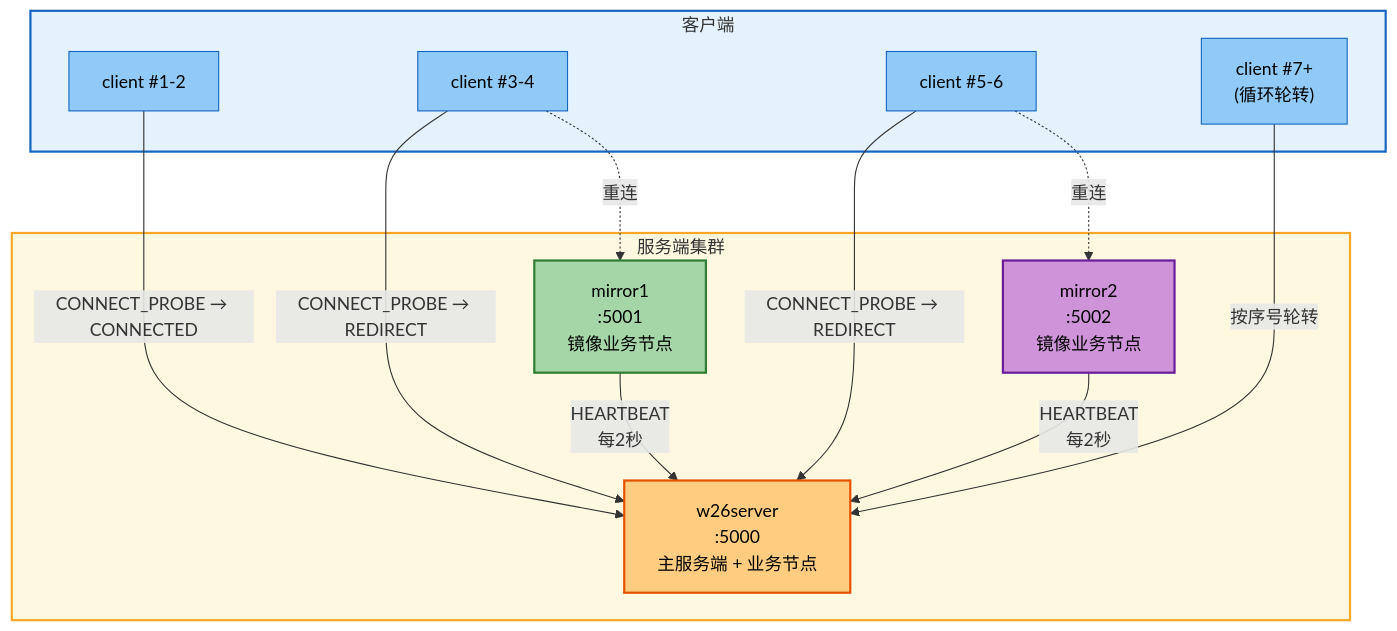
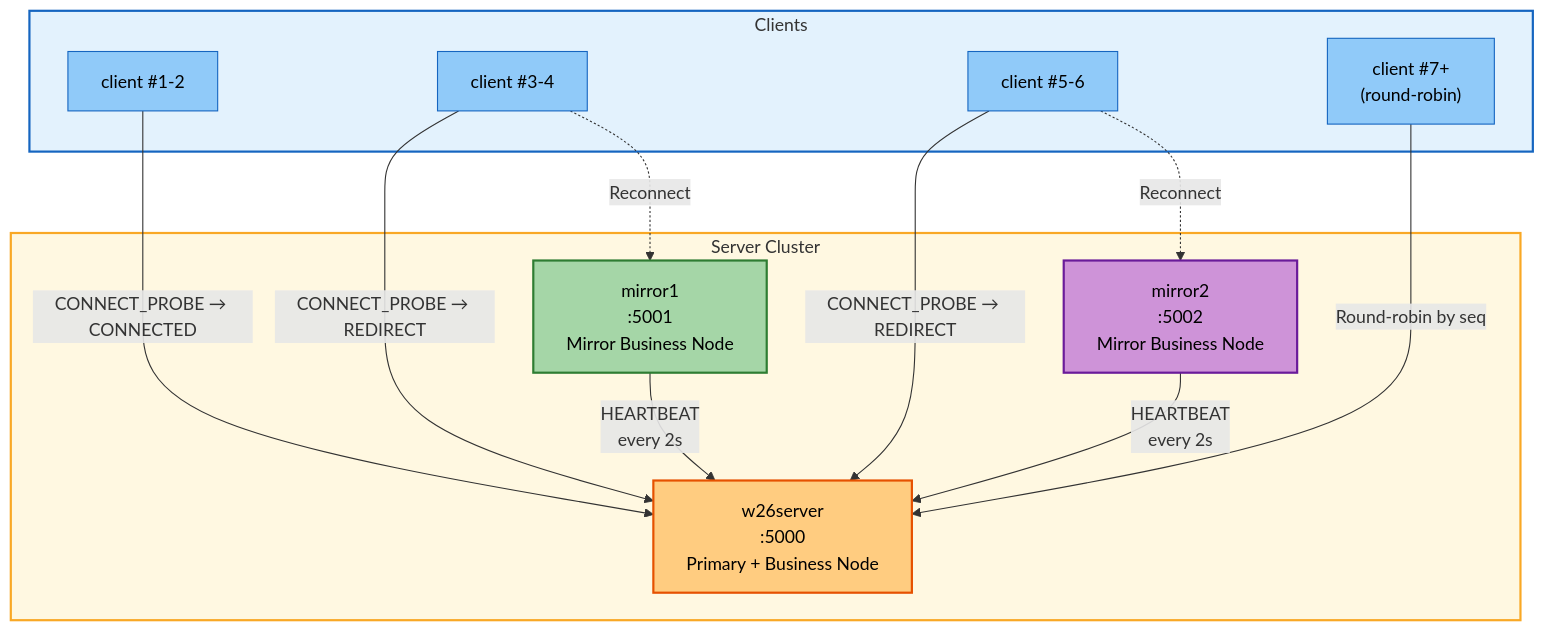
One commit to jianglei919/ASP_Group changed the first of 7 diagrams in README.md. Above: the diagram before and after it, drawn with Mermaid. The commit also changed other lines of this file and 1 other file, not shown here.

````diff
--- a/README.md
+++ b/README.md
@@ -18,35 +18,35 @@
 ```mermaid
 graph TB
-    subgraph clients ["客户端"]
+    subgraph clients ["Clients"]
         style clients fill:#E3F2FD,stroke:#1565C0,stroke-width:2px
         C1["client #1-2"]
         C2["client #3-4"]
         C3["client #5-6"]
-        C4["client #7+<br/>(循环轮转)"]
+        C4["client #7+<br/>(round-robin)"]
     end
 
-    subgraph cluster ["服务端集群"]
+    subgraph cluster ["Server Cluster"]
         style cluster fill:#FFF8E1,stroke:#F9A825,stroke-width:2px
-        W26["w26server<br/>:5000<br/>主服务端 + 业务节点"]
-        M1["mirror1<br/>:5001<br/>镜像业务节点"]
-        M2["mirror2<br/>:5002<br/>镜像业务节点"]
+        W26["w26server<br/>:5000<br/>Primary + Business Node"]
+        M1["mirror1<br/>:5001<br/>Mirror Business Node"]
+        M2["mirror2<br/>:5002<br/>Mirror Business Node"]
     end
 
     C1 -->|"CONNECT_PROBE → CONNECTED"| W26
     C2 -->|"CONNECT_PROBE → REDIRECT"| W26
-    C2 -.->|"重连"| M1
+    C2 -.->|"Reconnect"| M1
     C3 -->|"CONNECT_PROBE → REDIRECT"| W26
-    C3 -.->|"重连"| M2
-    C4 -->|"按序号轮转"| W26
+    C3 -.->|"Reconnect"| M2
+    C4 -->|"Round-robin by seq"| W26
 
-    M1 -->|"HEARTBEAT<br/>每2秒"| W26
-    M2 -->|"HEARTBEAT<br/>每2秒"| W26
+    M1 -->|"HEARTBEAT<br/>every 2s"| W26
+    M2 -->|"HEARTBEAT<br/>every 2s"| W26
 
     style W26 fill:#FFCC80,stroke:#E65100,stroke-width:2px,color:#000
     style M1 fill:#A5D6A7,stroke:#2E7D32,stroke-width:2px,color:#000
     style M2 fill:#CE93D8,stroke:#6A1B9A,stroke-width:2px,color:#000
     style C1 fill:#90CAF9,stroke:#1565C0,stroke-width:1px,color:#000
     style C2 fill:#90CAF9,stroke:#1565C0,stroke-width:1px,color:#000
     style C3 fill:#90CAF9,stroke:#1565C0,stroke-width:1px,color:#000
     style C4 fill:#90CAF9,stroke:#1565C0,stroke-width:1px,color:#000
 ```
````
